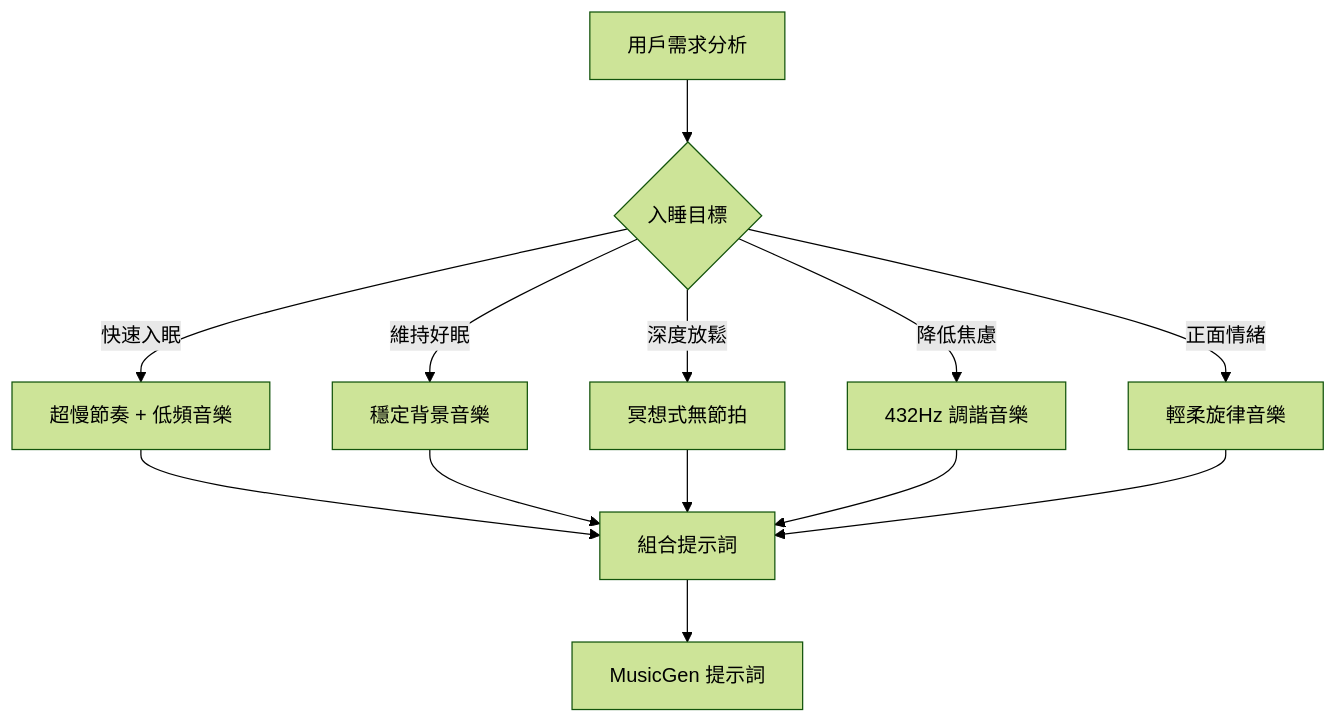
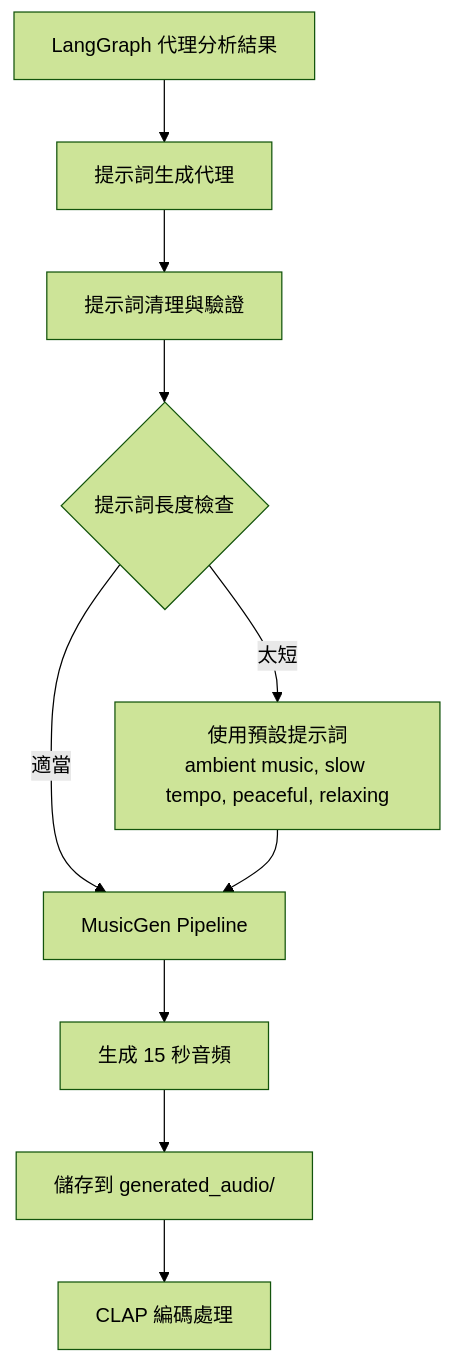
The fourth of 13 diagrams in docs/RecommendationSystem.md (whats2000/sleep-recommendation-system), drawn with Mermaid (forest theme) before and after one commit. The commit also changed other lines of this file, not shown here.

````diff
--- a/docs/RecommendationSystem.md
+++ b/docs/RecommendationSystem.md
@@ -149,18 +176,14 @@
 ```mermaid
 flowchart TD
-    A[用戶需求分析] --> B{入睡目標}
-    
-    B -->|快速入眠| C[超慢節奏 + 低頻音樂]
-    B -->|維持好眠| D[穩定背景音樂]
-    B -->|深度放鬆| E[冥想式無節拍]
-    B -->|降低焦慮| F[432Hz 調諧音樂]
-    B -->|正面情緒| G[輕柔旋律音樂]
-    
-    C --> H[組合提示詞]
-    D --> H
-    E --> H
-    F --> H
-    G --> H
-    
-    H --> I[MusicGen 提示詞]
+    A[LangGraph 代理分析結果] --> B[提示詞生成代理]
+    B --> C[提示詞清理與驗證]
+    C --> D{提示詞長度檢查}
+
+    D -->|太短| E[使用預設提示詞<br/>ambient music, slow tempo, peaceful, relaxing]
+    D -->|適當| F[MusicGen Pipeline]
+
+    E --> F
+    F --> G[生成 15 秒音頻]
+    G --> H[儲存到 generated_audio/]
+    H --> I[CLAP 編碼處理]
 ```
````
